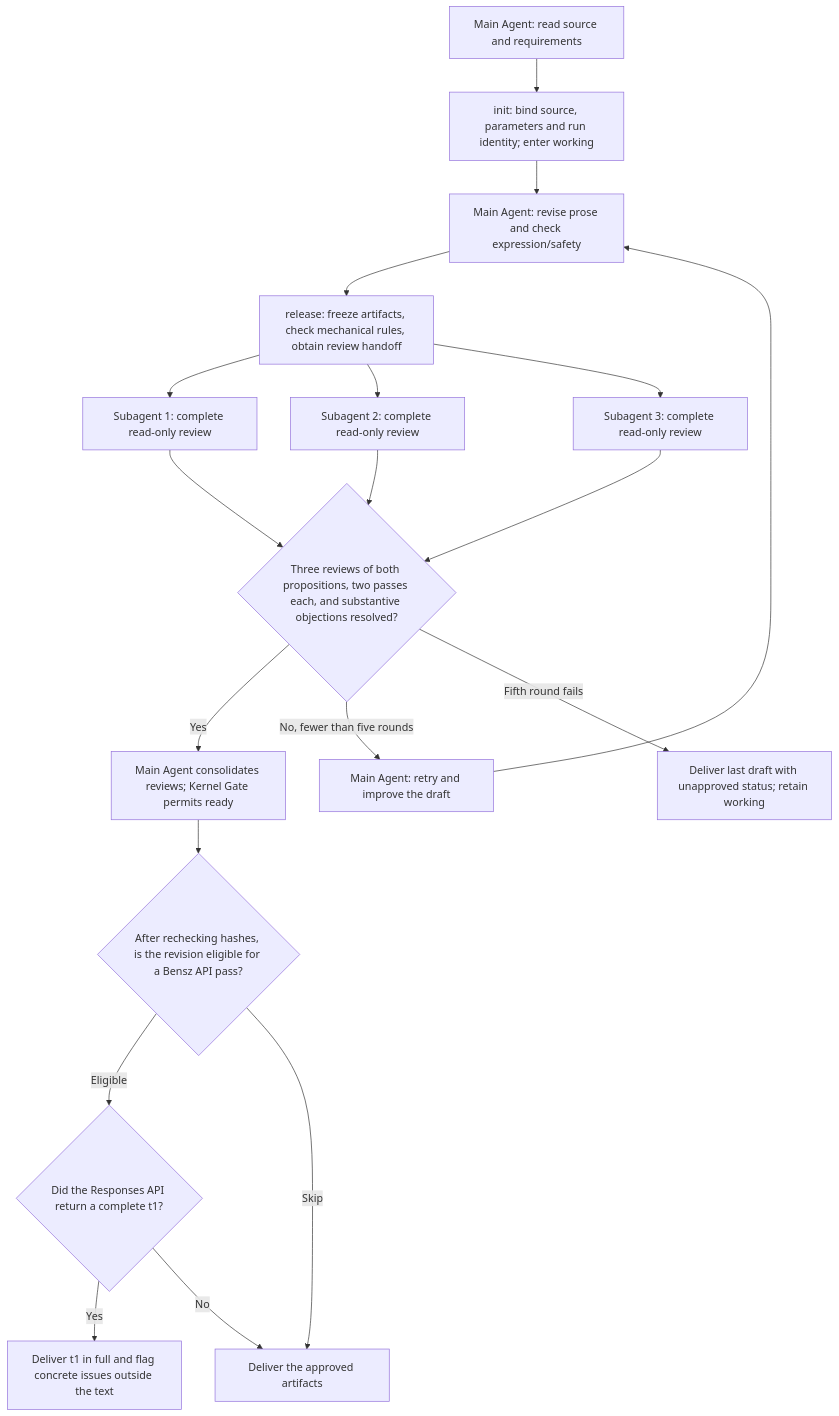
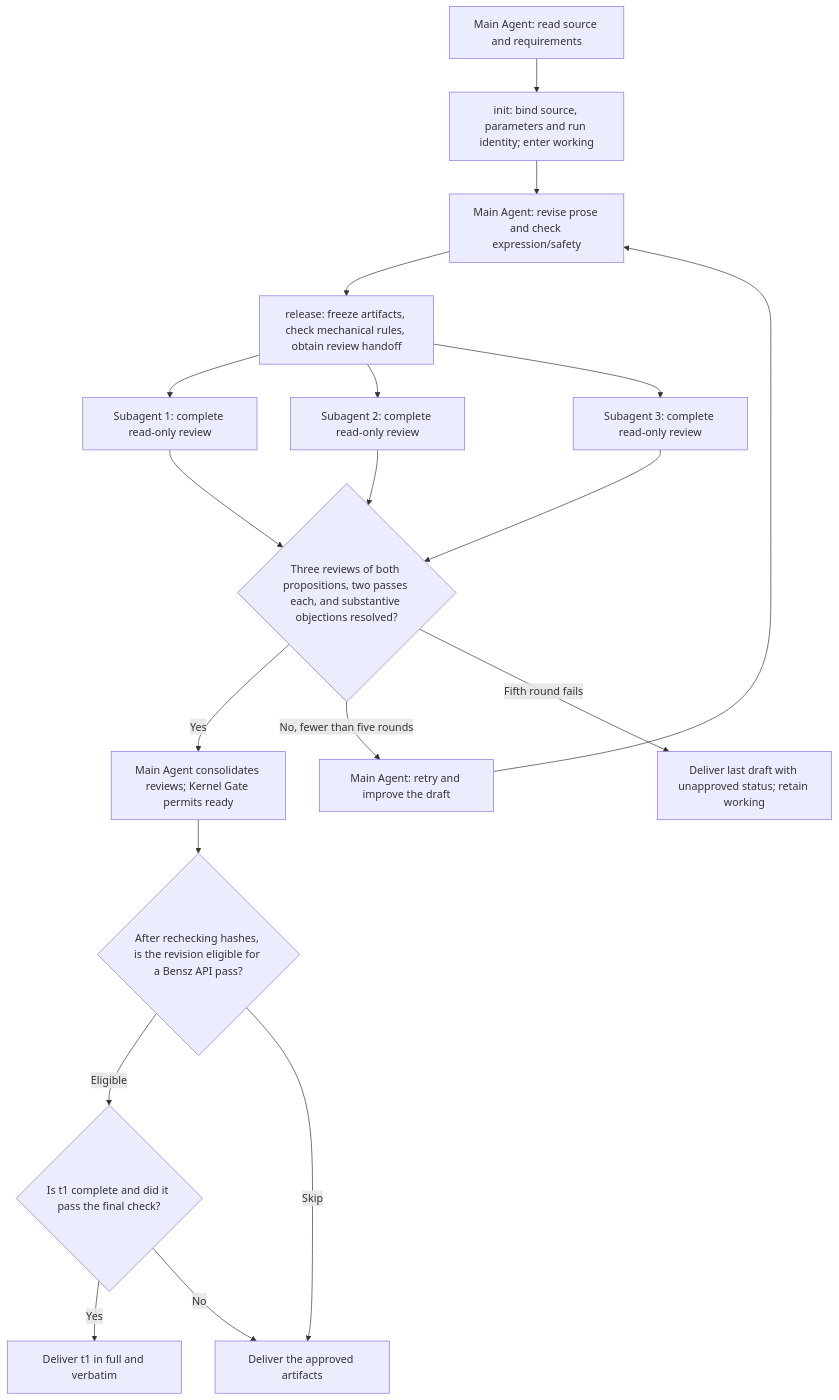
Before and after one commit to huangwb8/skills: the diagram in skills/alpha/humanization/README_EN.md, drawn with Mermaid. The commit also changed other lines of this file and 10 other files, not shown here.

````diff
--- a/skills/alpha/humanization/README_EN.md
+++ b/skills/alpha/humanization/README_EN.md
@@ -40,21 +40,21 @@
 ```mermaid
 flowchart TD
     A["Main Agent: read source and requirements"] --> B["init: bind source, parameters and run identity; enter working"]
     B --> C["Main Agent: revise prose and check expression/safety"]
     C --> D["release: freeze artifacts, check mechanical rules, obtain review handoff"]
     D --> R1["Subagent 1: complete read-only review"]
     D --> R2["Subagent 2: complete read-only review"]
     D --> R3["Subagent 3: complete read-only review"]
     R1 --> Q{"Three reviews of both propositions, two passes each, and substantive objections resolved?"}
     R2 --> Q
     R3 --> Q
     Q -->|Yes| G["Main Agent consolidates reviews; Kernel Gate permits ready"]
     G --> F{"After rechecking hashes, is the revision eligible for a Bensz API pass?"}
-    F -->|Eligible| P{"Did the Responses API return a complete t1?"}
-    P -->|Yes| T["Deliver t1 in full and flag concrete issues outside the text"]
+    F -->|Eligible| P{"Is t1 complete and did it pass the final check?"}
+    P -->|Yes| T["Deliver t1 in full and verbatim"]
     F -->|Skip| O["Deliver the approved artifacts"]
     P -->|No| O
     Q -->|No, fewer than five rounds| E["Main Agent: retry and improve the draft"]
     E --> C
     Q -->|Fifth round fails| X["Deliver last draft with unapproved status; retain working"]
 ```
````
